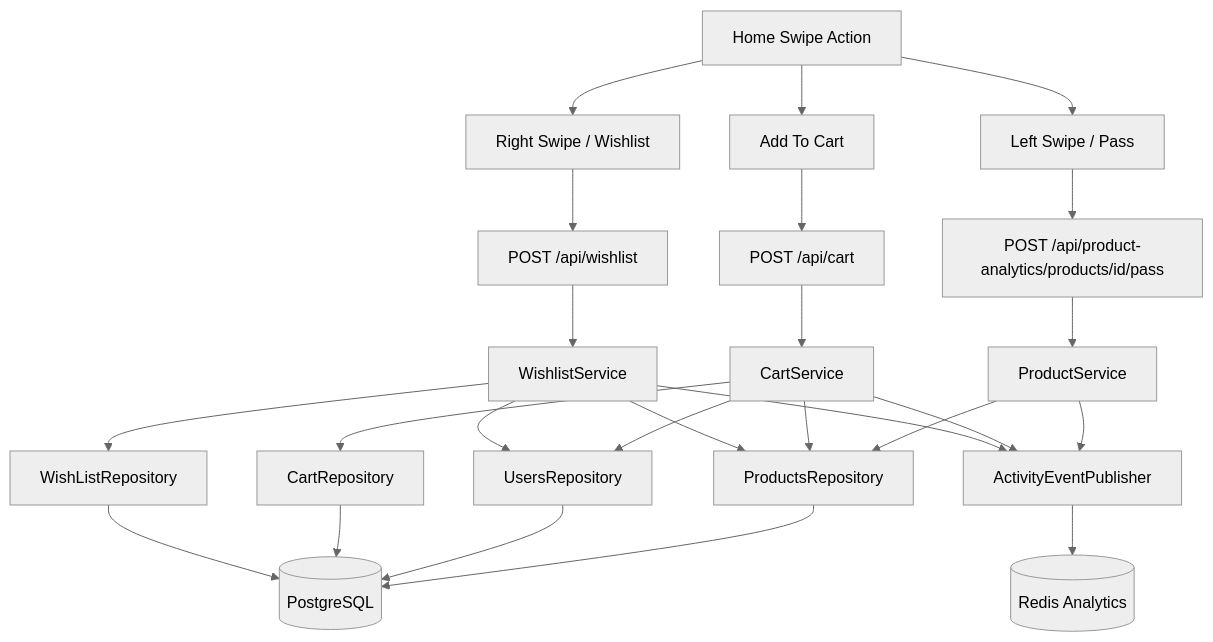
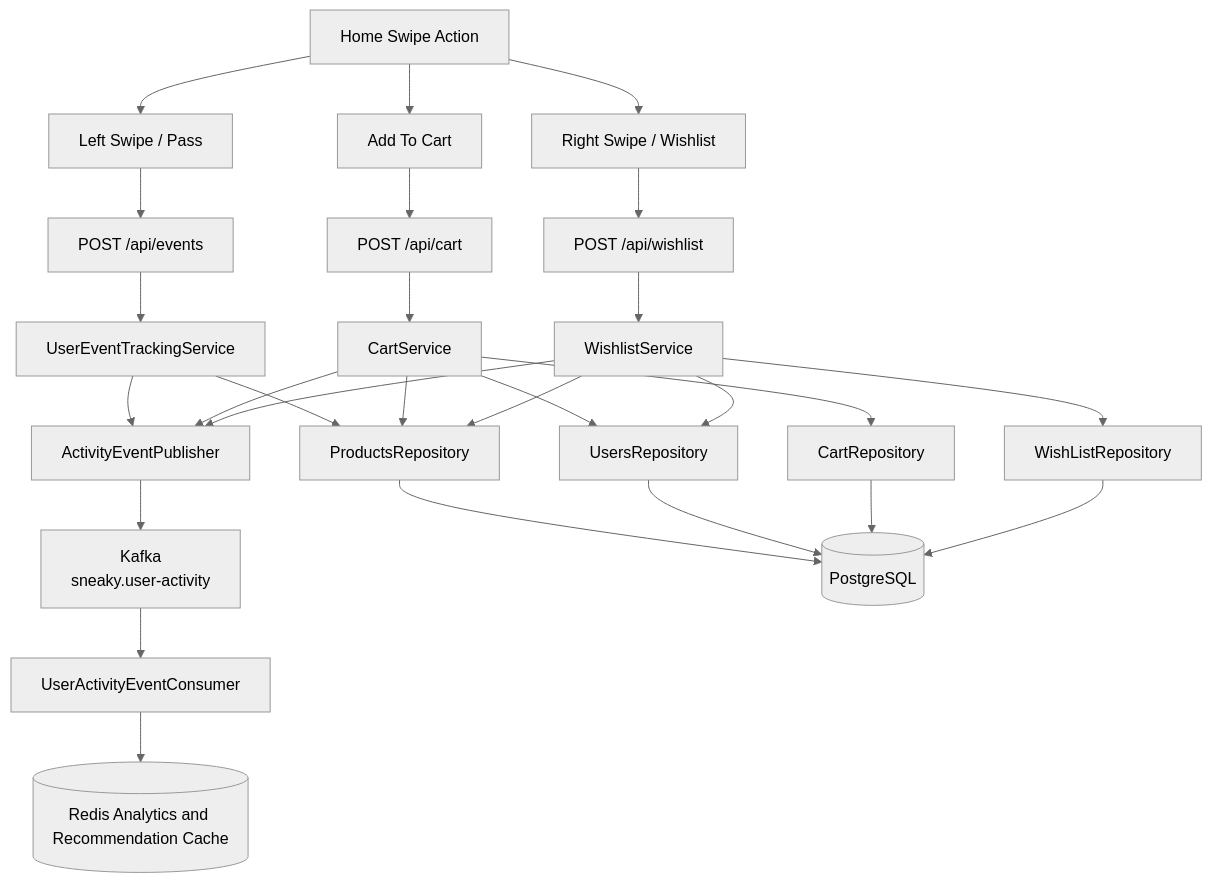
Before and after one commit to BINIT-Nayak/Sneaky: the tenth of 11 diagrams in docs/hld-lld-diagrams.md, drawn with Mermaid (neutral theme). The commit also changed other lines of this file and 2 other files, not shown here.

````diff
--- a/docs/hld-lld-diagrams.md
+++ b/docs/hld-lld-diagrams.md
@@ -203,51 +336,55 @@
 ```mermaid
 flowchart TD
     home[Home Swipe Action]
     like[Right Swipe / Wishlist]
     cart[Add To Cart]
     pass[Left Swipe / Pass]
 
     wishlistApi[POST /api/wishlist]
     cartApi[POST /api/cart]
-    passApi[POST /api/product-analytics/products/id/pass]
+    eventApi[POST /api/events]
 
     wishlistService[WishlistService]
     cartService[CartService]
-    productService[ProductService]
+    eventService[UserEventTrackingService]
 
     userRepo[UsersRepository]
     productRepo[ProductsRepository]
     wishlistRepo[WishListRepository]
     cartRepo[CartRepository]
     analytics[ActivityEventPublisher]
-    redis[(Redis Analytics)]
+    kafka[Kafka<br/>sneaky.user-activity]
+    consumer[UserActivityEventConsumer]
+    redis[(Redis Analytics and Recommendation Cache)]
     db[(PostgreSQL)]
 
     home --> like
     home --> cart
     home --> pass
 
     like --> wishlistApi --> wishlistService
     cart --> cartApi --> cartService
-    pass --> passApi --> productService
+    pass --> eventApi --> eventService
 
     wishlistService --> userRepo
     wishlistService --> productRepo
     wishlistService --> wishlistRepo
 
     cartService --> userRepo
     cartService --> productRepo
     cartService --> cartRepo
 
-    productService --> productRepo
+    eventService --> productRepo
 
     wishlistRepo --> db
     cartRepo --> db
     userRepo --> db
     productRepo --> db
 
     wishlistService --> analytics
     cartService --> analytics
-    productService --> analytics
-    analytics --> redis
+    eventService --> analytics
+    analytics --> kafka
+    kafka --> consumer
+    consumer --> redis
 ```
````
